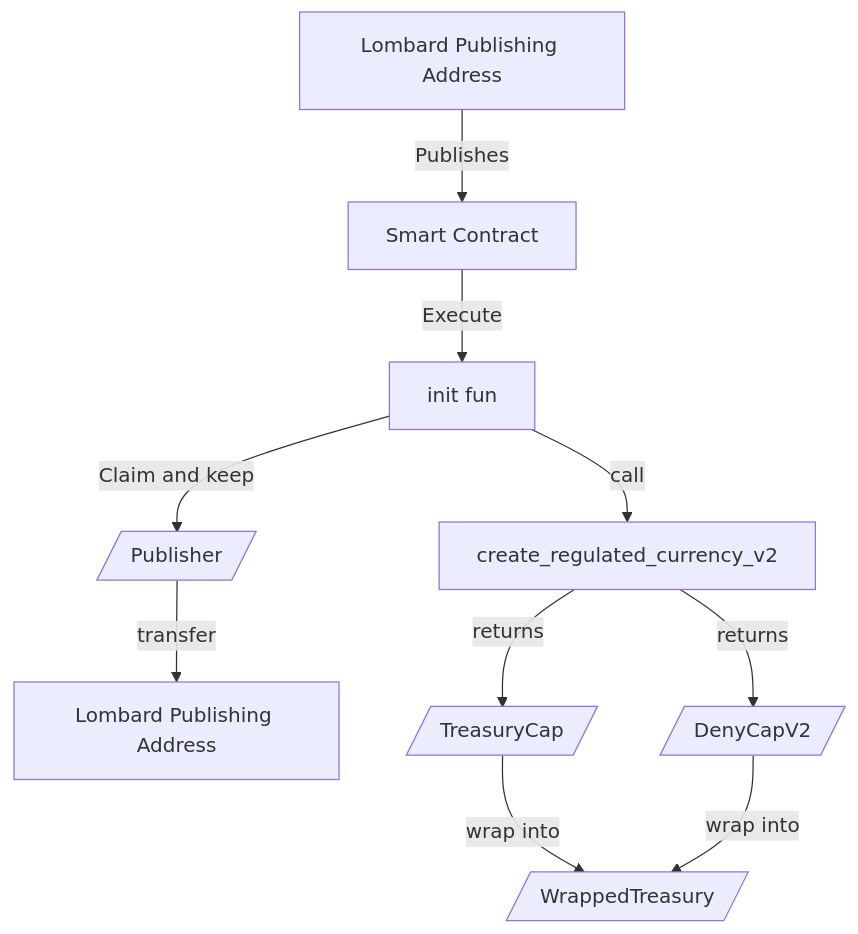
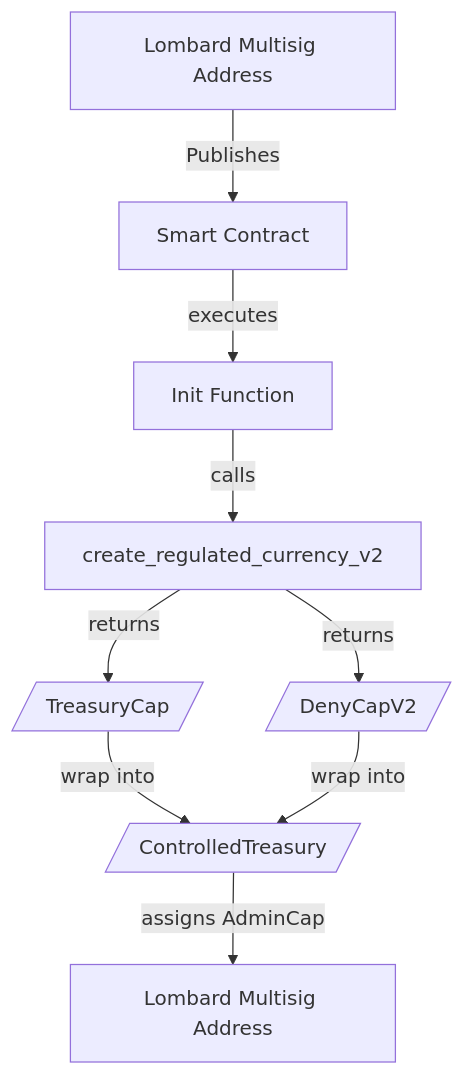
Before and after one commit to lombard-finance/sui-move-contracts: the diagram in docs/flowcharts/publish-flowchart.md, drawn with Mermaid. The commit also changed 2 other files, not shown here.

Commit message:
Update flowcharts with Controlled Treasury

````diff
--- a/docs/flowcharts/publish-flowchart.md
+++ b/docs/flowcharts/publish-flowchart.md
@@ -1,12 +1,11 @@
 ```mermaid
 flowchart TD
-    L[Lombard Publishing Address] -->|Publishes| P[Smart Contract]
-    P --> |Execute| I[init fun]
-    I --> |Claim and keep|A[/Publisher/]
-    A -->|transfer| LA[Lombard Publishing Address]
-    I --> |call| CRC[create_regulated_currency_v2]
+    L[Lombard Multisig Address] -->|Publishes| SC[Smart Contract]
+    SC --> |executes| I[Init Function]
+    I --> |calls| CRC[create_regulated_currency_v2]
     CRC --> |returns| TC[/TreasuryCap/]
     CRC --> |returns| DC[/DenyCapV2/]
-    TC --> |wrap into| TO[/WrappedTreasury/]
-    DC --> |wrap into| TO[/WrappedTreasury/]
+    TC --> |wrap into| CT[/ControlledTreasury/]
+    DC --> |wrap into| CT[/ControlledTreasury/]
+    CT --> |assigns AdminCap| LM[Lombard Multisig Address]
 ```
````
